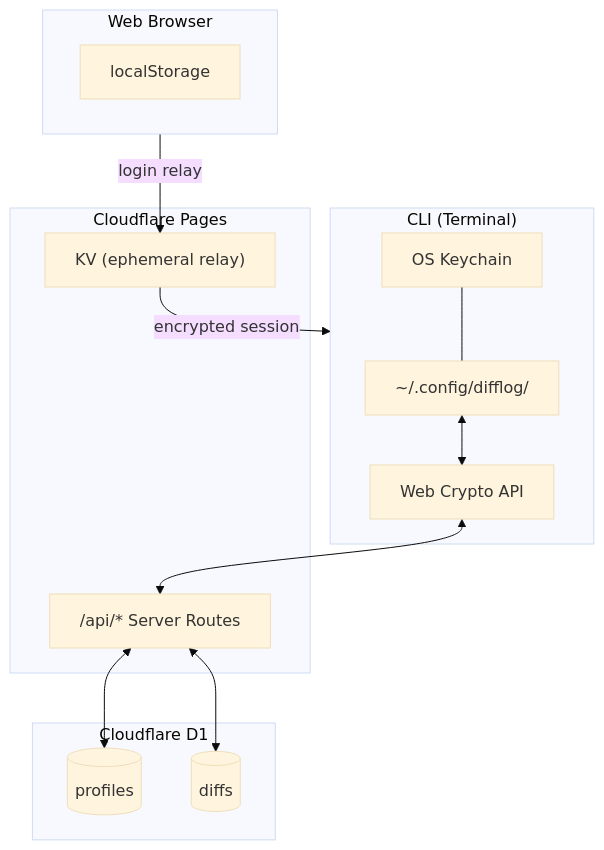
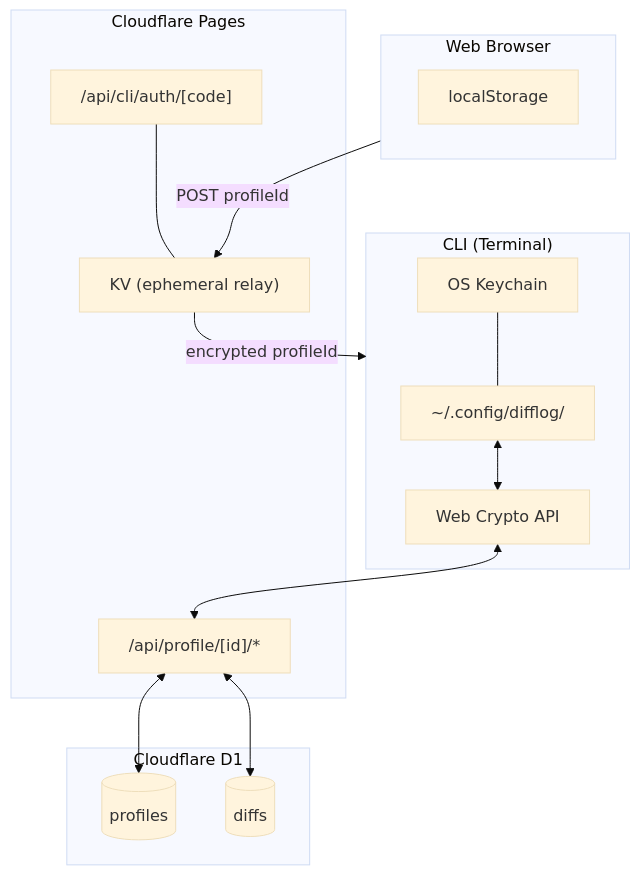
The first of 3 diagrams in docs/architecture/cli-login.md (SmileyChris/difflog), drawn with Mermaid (base theme) before and after one commit. The commit also changed other lines of this file and 11 other files, not shown here.

````diff
--- a/docs/architecture/cli-login.md
+++ b/docs/architecture/cli-login.md
@@ -11,30 +11,32 @@
 ``` mermaid
 graph TB
     subgraph CLI ["CLI (Terminal)"]
         Config["~/.config/difflog/"]
         Keychain["OS Keychain"]
         Crypto[Web Crypto API]
     end
 
     subgraph Server ["Cloudflare Pages"]
-        API["/api/* Server Routes"]
+        AuthAPI["/api/cli/auth/[code]"]
+        SyncAPI["/api/profile/[id]/*"]
         KV["KV (ephemeral relay)"]
     end
 
     subgraph DB ["Cloudflare D1"]
         Profiles[(profiles)]
         Diffs[(diffs)]
     end
 
     subgraph Browser ["Web Browser"]
         Storage[localStorage]
     end
 
     Config <--> Crypto
     Keychain --- Config
-    Crypto <--> API
-    API <--> Profiles
-    API <--> Diffs
-    Browser -- "login relay" --> KV
-    KV -- "encrypted session" --> CLI
+    Crypto <--> SyncAPI
+    SyncAPI <--> Profiles
+    SyncAPI <--> Diffs
+    Browser -- "POST profileId" --> KV
+    KV -- "encrypted profileId" --> CLI
+    AuthAPI --- KV
 ```
````
